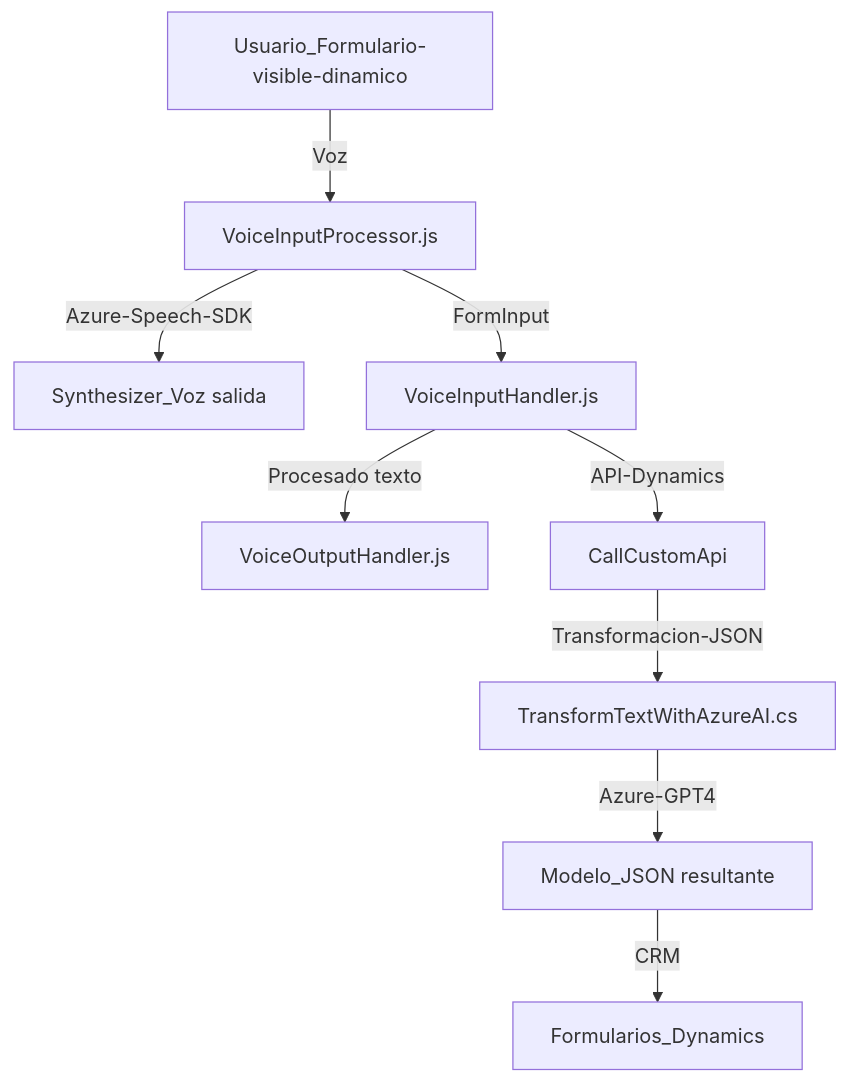
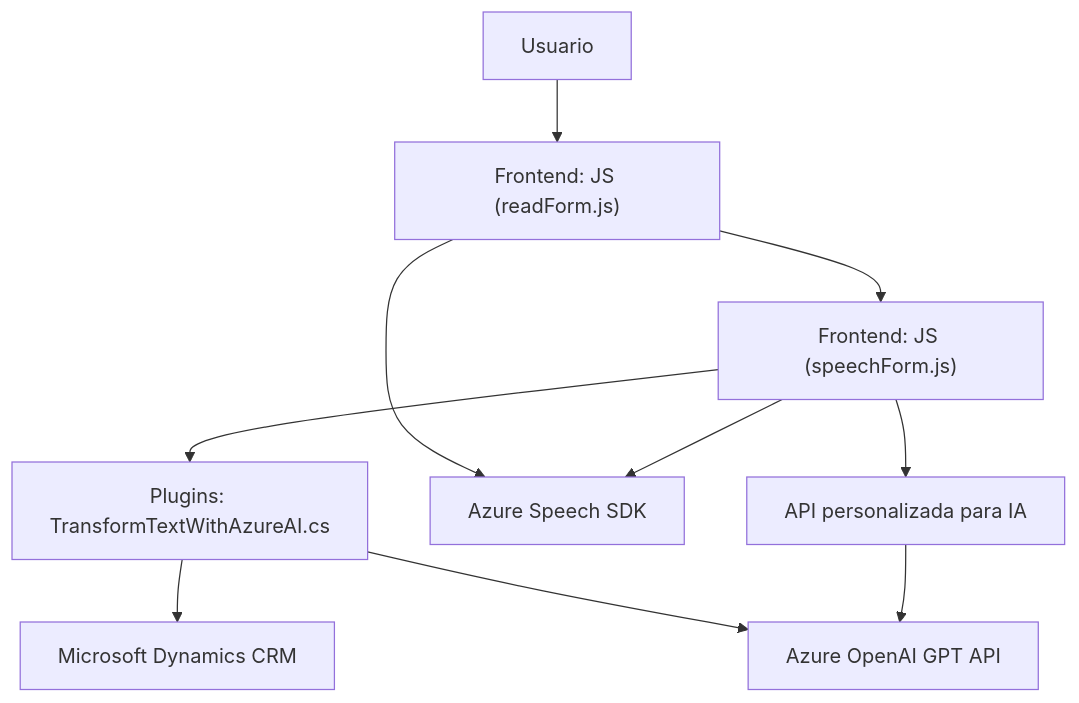
One commit to blopezdm/NETCORE_BILBAO2025 changed the diagram in README.md. Above: the diagram before and after it, drawn with Mermaid. The commit also changed other lines of this file, not shown here.

````diff
--- a/README.md
+++ b/README.md
@@ -29,11 +45,21 @@
 ```mermaid
 graph TD
-  A["Usuario_Formulario-visible-dinamico"] -- Voz --> B["VoiceInputProcessor.js"]
-  B -- Azure-Speech-SDK --> C["Synthesizer_Voz salida"]
-  B -- FormInput --> D["VoiceInputHandler.js"]
-  D -- Procesado texto --> E["VoiceOutputHandler.js"]
-  D -- API-Dynamics --> F["CallCustomApi"]
-  F -- Transformacion-JSON --> G["TransformTextWithAzureAI.cs"]
-  G -- Azure-GPT4 --> H["Modelo_JSON resultante"]
-  H -- CRM --> I["Formularios_Dynamics"]
+    A["Frontend: JS (readForm.js)"]
+    B["Frontend: JS (speechForm.js)"]
+    C["Plugins: TransformTextWithAzureAI.cs"]
+    D["Microsoft Dynamics CRM"]
+    E["Azure Speech SDK"]
+    F["Azure OpenAI GPT API"]
+    G["API personalizada para IA"]
+    H["Usuario"]
+
+    H --> A
+    A --> E
+    A --> B
+    B --> C
+    B --> G
+    B --> E
+    C --> D
+    C --> F
+    G --> F
 ```
````
